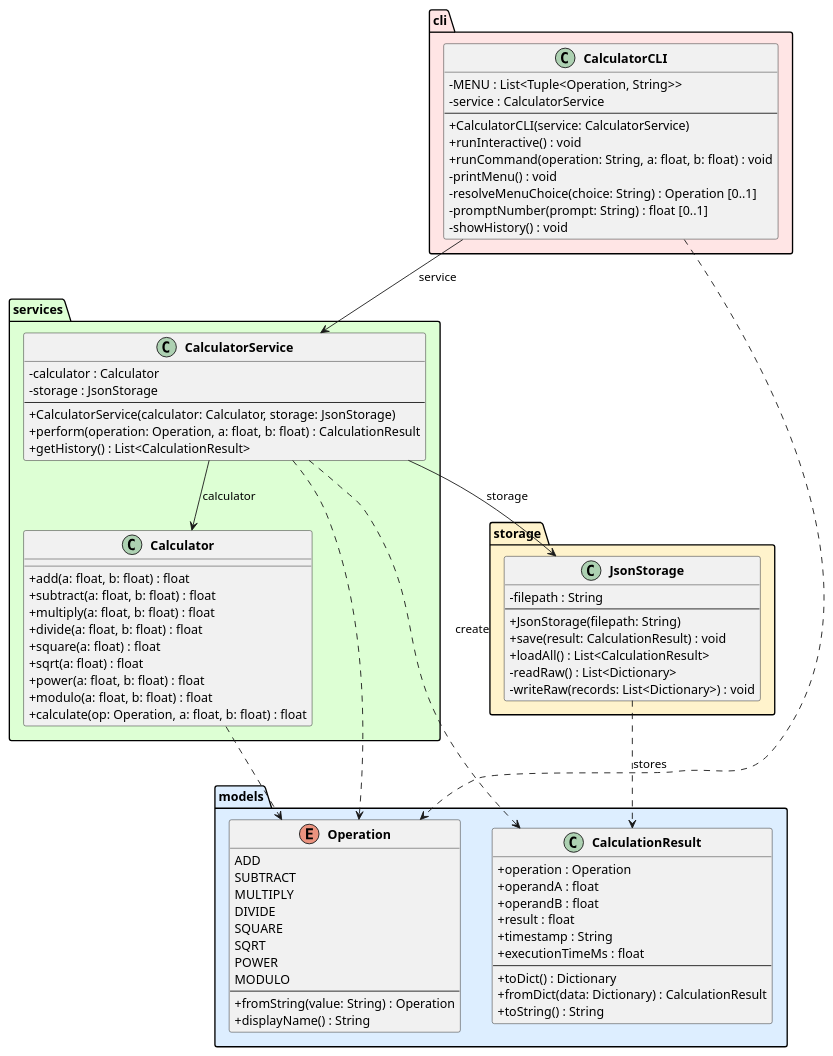
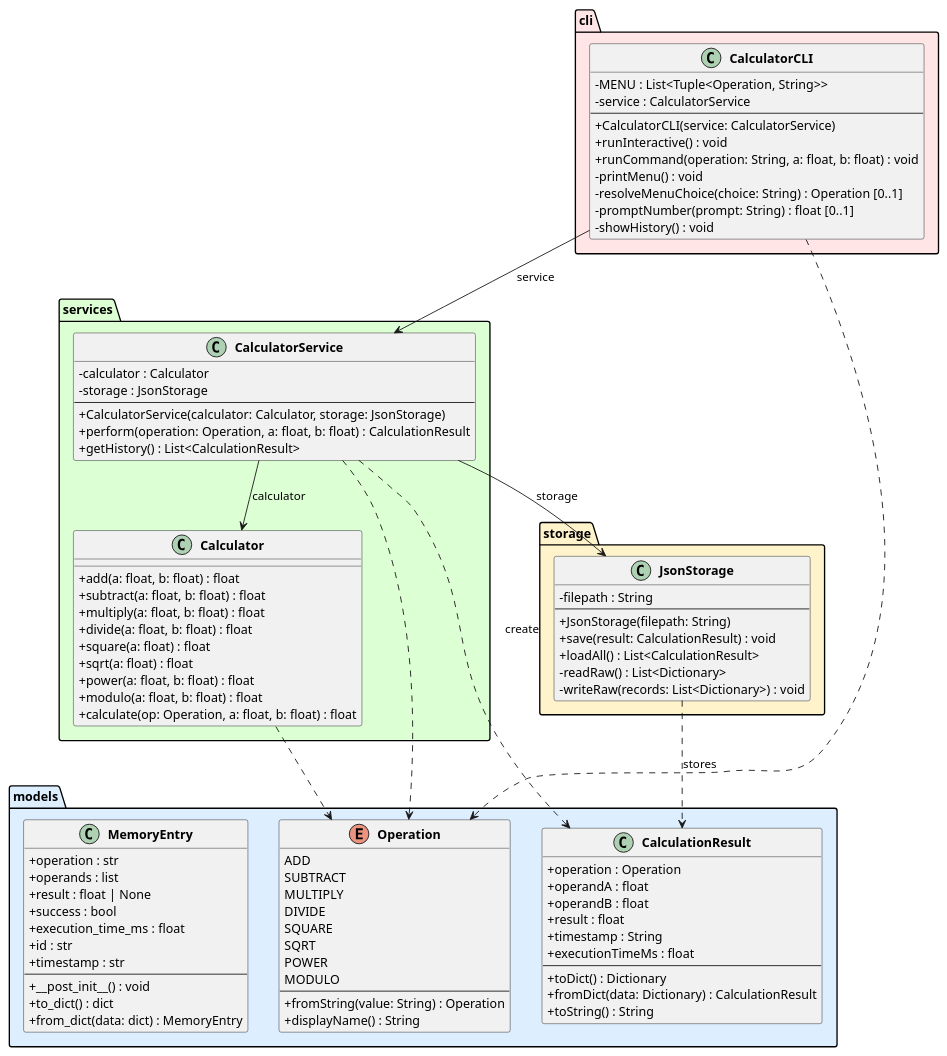
The diagram in experiments/pipeline/test_driven/calculator/artifacts/class_diagram.puml (DanielRiha8906/Software_autoevolution_using_agents), drawn with PlantUML before and after one commit. The commit also changed 5 other files, not shown here.

```diff
--- a/experiments/pipeline/test_driven/calculator/artifacts/class_diagram.puml
+++ b/experiments/pipeline/test_driven/calculator/artifacts/class_diagram.puml
@@ -1,95 +1,109 @@
 @startuml class_diagram
 
 skinparam classAttributeIconSize 0
 skinparam classFontStyle bold
 
 package "models" #DDEEFF {
     enum Operation {
         ADD
         SUBTRACT
         MULTIPLY
         DIVIDE
         SQUARE
         SQRT
         POWER
         MODULO
         --
         +fromString(value: String) : Operation
         +displayName() : String
     }
 
     class CalculationResult {
         +operation : Operation
         +operandA : float
         +operandB : float
         +result : float
         +timestamp : String
         +executionTimeMs : float
         --
         +toDict() : Dictionary
         +fromDict(data: Dictionary) : CalculationResult
         +toString() : String
+    }
+
+    class MemoryEntry {
+        +operation : str
+        +operands : list
+        +result : float | None
+        +success : bool
+        +execution_time_ms : float
+        +id : str
+        +timestamp : str
+        --
+        +__post_init__() : void
+        +to_dict() : dict
+        +from_dict(data: dict) : MemoryEntry
     }
 }
 
 package "services" #DDFFD4 {
     class Calculator {
         +add(a: float, b: float) : float
         +subtract(a: float, b: float) : float
         +multiply(a: float, b: float) : float
         +divide(a: float, b: float) : float
         +square(a: float) : float
         +sqrt(a: float) : float
         +power(a: float, b: float) : float
         +modulo(a: float, b: float) : float
         +calculate(op: Operation, a: float, b: float) : float
     }
 
     class CalculatorService {
         -calculator : Calculator
         -storage : JsonStorage
         --
         +CalculatorService(calculator: Calculator, storage: JsonStorage)
         +perform(operation: Operation, a: float, b: float) : CalculationResult
         +getHistory() : List<CalculationResult>
     }
 }
 
 package "storage" #FFF3CC {
     class JsonStorage {
         -filepath : String
         --
         +JsonStorage(filepath: String)
         +save(result: CalculationResult) : void
         +loadAll() : List<CalculationResult>
         -readRaw() : List<Dictionary>
         -writeRaw(records: List<Dictionary>) : void
     }
 }
 
 package "cli" #FFE5E5 {
     class CalculatorCLI {
         -MENU : List<Tuple<Operation, String>>
         -service : CalculatorService
         --
         +CalculatorCLI(service: CalculatorService)
         +runInteractive() : void
         +runCommand(operation: String, a: float, b: float) : void
         -printMenu() : void
         -resolveMenuChoice(choice: String) : Operation [0..1]
         -promptNumber(prompt: String) : float [0..1]
         -showHistory() : void
     }
 }
 
 CalculatorCLI --> CalculatorService : service
 CalculatorService --> Calculator : calculator
 CalculatorService --> JsonStorage : storage
 
 CalculatorService ..> CalculationResult : create
 CalculatorService ..> Operation
 CalculatorCLI ..> Operation
 Calculator ..> Operation
 JsonStorage ..> CalculationResult : stores
 
 @enduml
```
